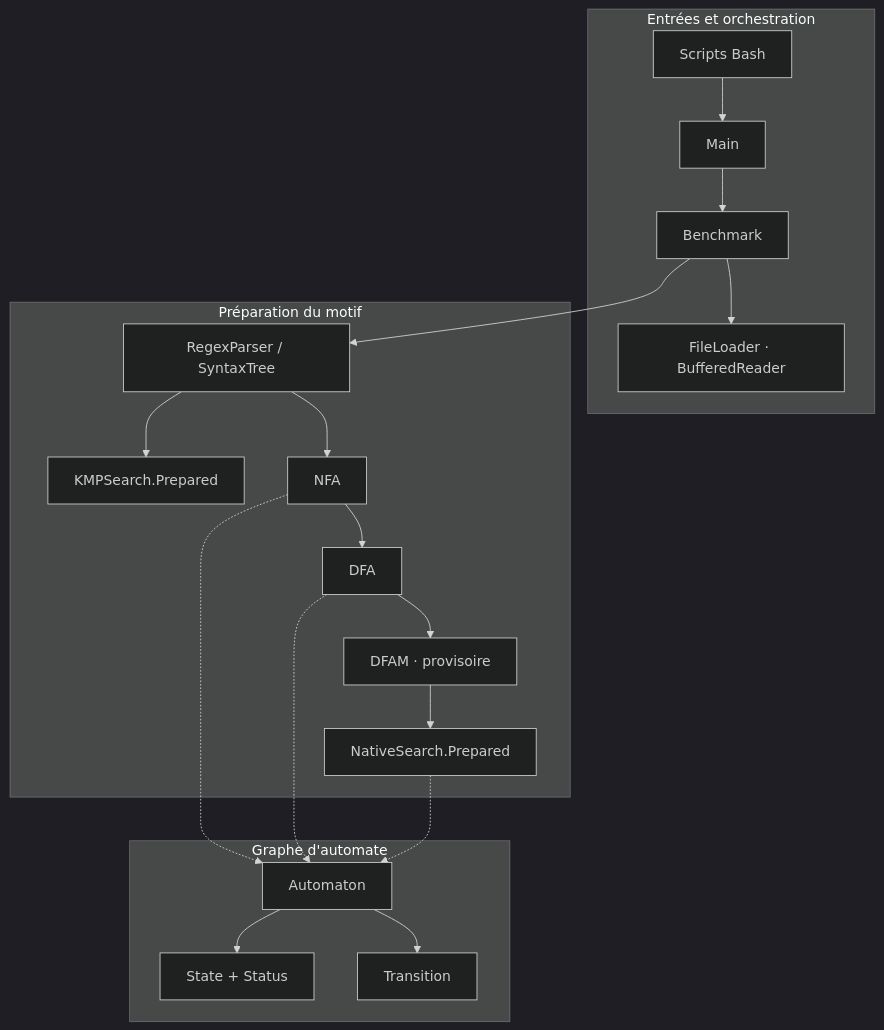
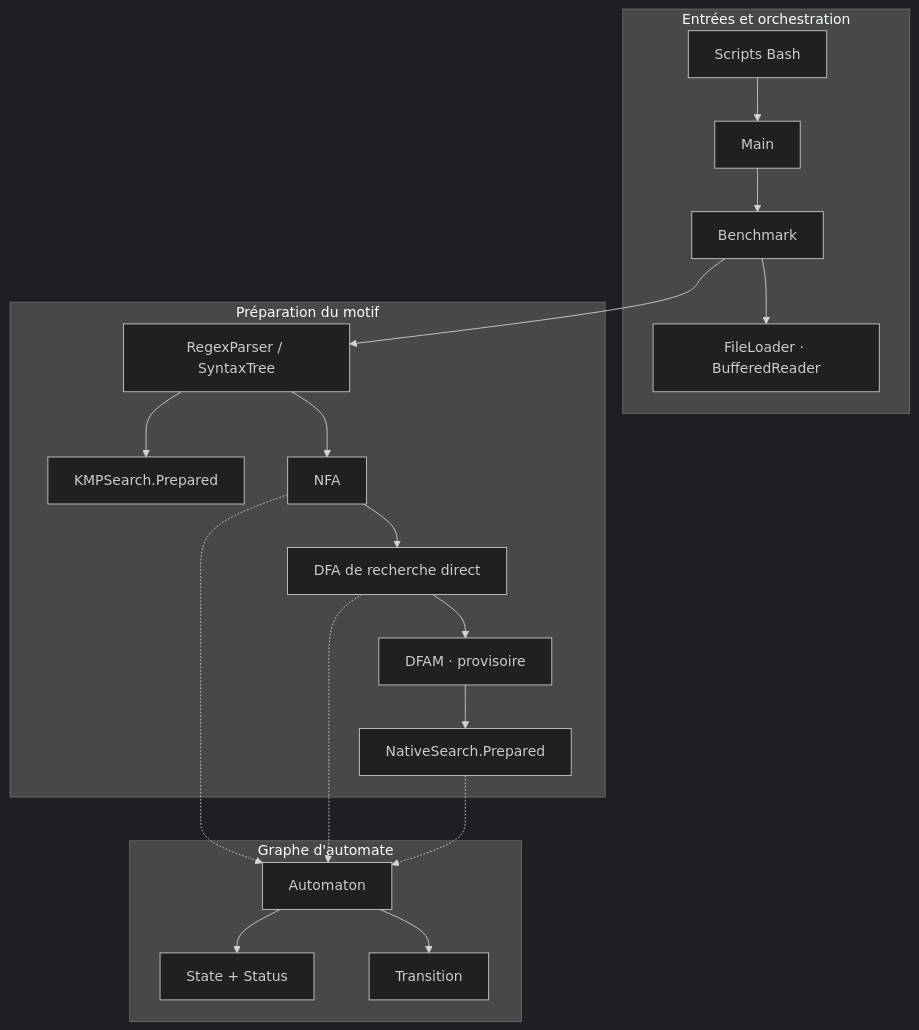
One commit to YahyaMudallal/regex-search changed the diagram in docs/02-conception.md. Above: the diagram before and after it, drawn with Mermaid (dark theme). The commit also changed other lines of this file and 63 other files, not shown here.

````diff
--- a/docs/02-conception.md
+++ b/docs/02-conception.md
@@ -63,23 +63,23 @@
 ```mermaid
 flowchart TB
     subgraph Entrées["Entrées et orchestration"]
         SH["Scripts Bash"] --> MAIN["Main"]
         MAIN --> BENCH["Benchmark"]
         BENCH --> IO["FileLoader · BufferedReader"]
     end
     subgraph Motif["Préparation du motif"]
         BENCH --> PARSE["RegexParser / SyntaxTree"]
         PARSE --> KMP["KMPSearch.Prepared"]
         PARSE --> NFA["NFA"]
-        NFA --> DFA["DFA"]
+        NFA --> DFA["DFA de recherche direct"]
         DFA --> DFAM["DFAM · provisoire"]
         DFAM --> SEARCH["NativeSearch.Prepared"]
     end
     subgraph Modèle["Graphe d'automate"]
         A["Automaton"] --> S["State + Status"]
         A --> T["Transition"]
     end
     NFA -.-> A
     DFA -.-> A
     SEARCH -.-> A
 ```
````
